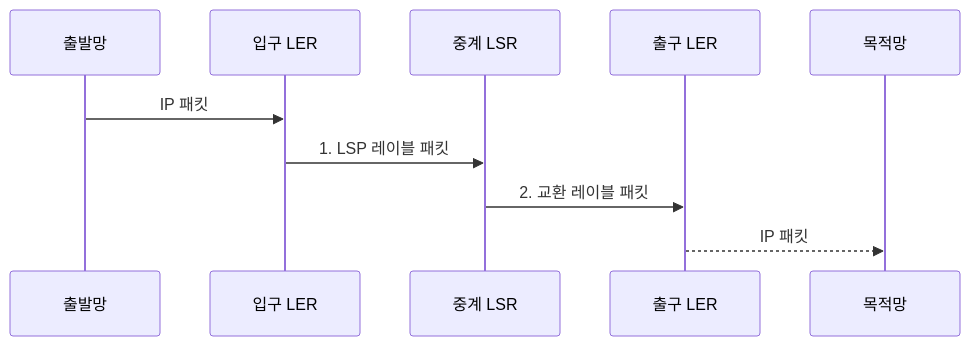
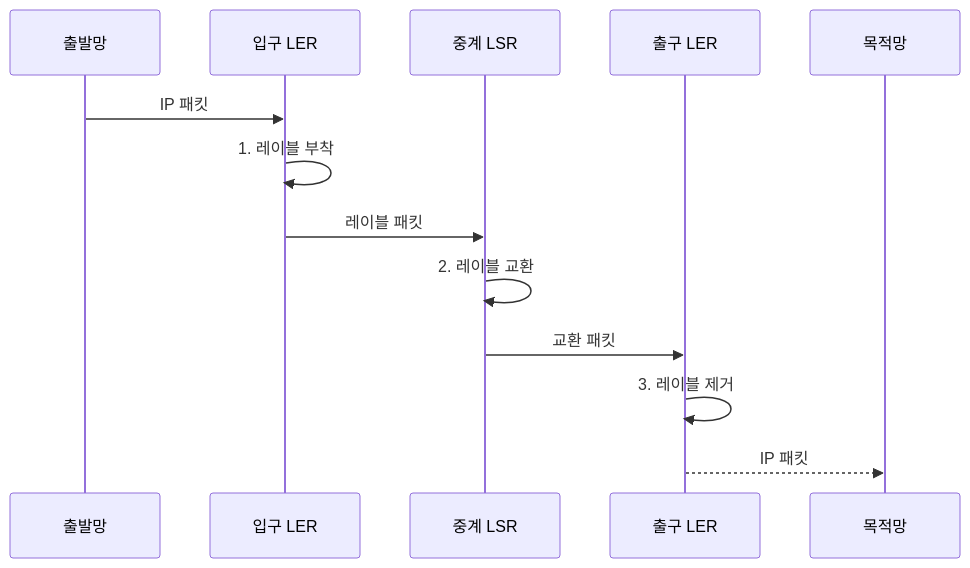
The second of 2 diagrams in src/content/docs/notes/04-network/013_mpls_label_switching.md (agnusdei1207/knowledge-base), drawn with Mermaid before and after one commit. The commit also changed other lines of this file and 18 other files, not shown here.

````diff
--- a/src/content/docs/notes/04-network/013_mpls_label_switching.md
+++ b/src/content/docs/notes/04-network/013_mpls_label_switching.md
@@ -85,12 +85,15 @@
 ```mermaid
 sequenceDiagram
     participant S as 출발망
     participant I as 입구 LER
     participant T as 중계 LSR
     participant E as 출구 LER
     participant D as 목적망
     S->>I: IP 패킷
-    I->>T: 1. LSP 레이블 패킷
-    T->>E: 2. 교환 레이블 패킷
+    I->>I: 1. 레이블 부착
+    I->>T: 레이블 패킷
+    T->>T: 2. 레이블 교환
+    T->>E: 교환 패킷
+    E->>E: 3. 레이블 제거
     E-->>D: IP 패킷
 ```
````
